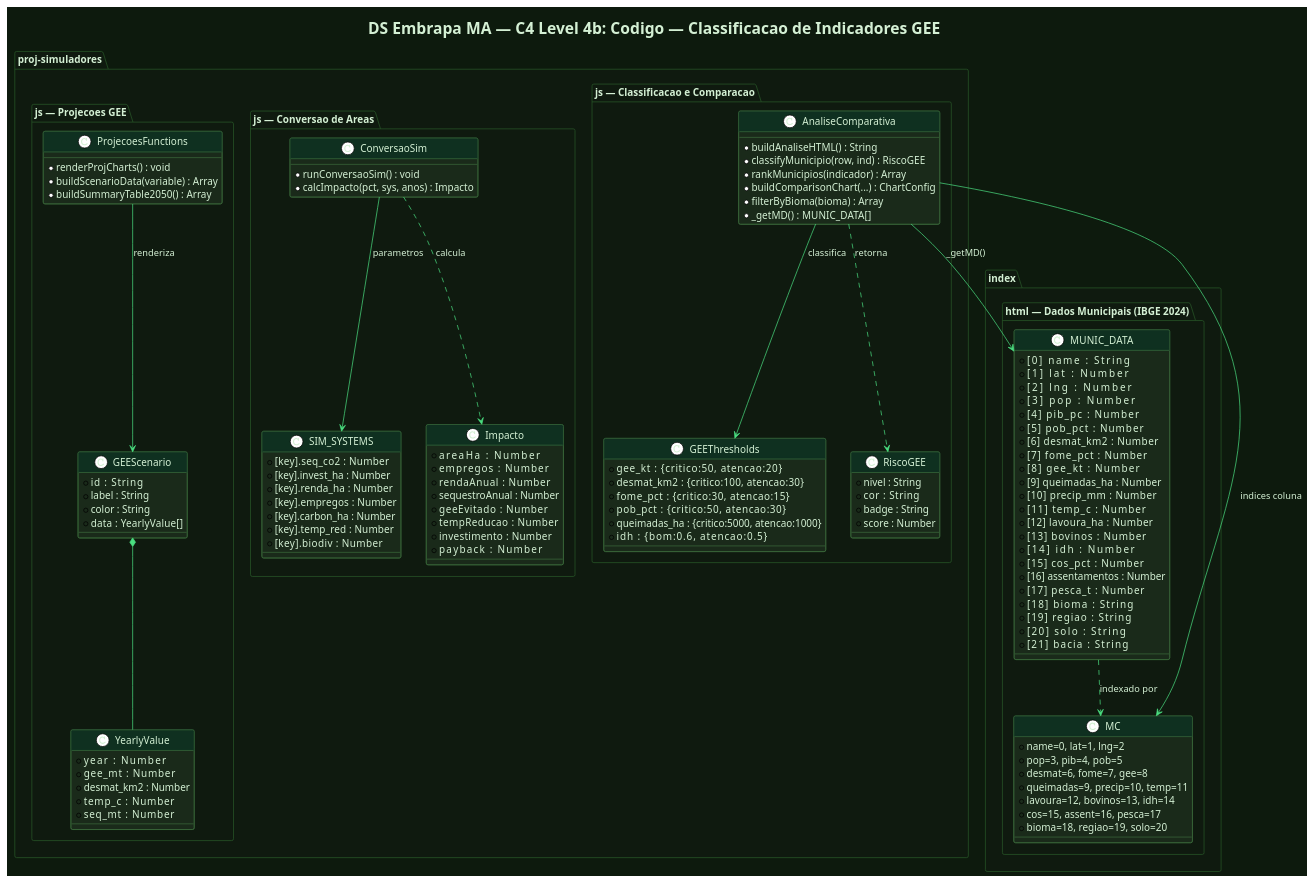
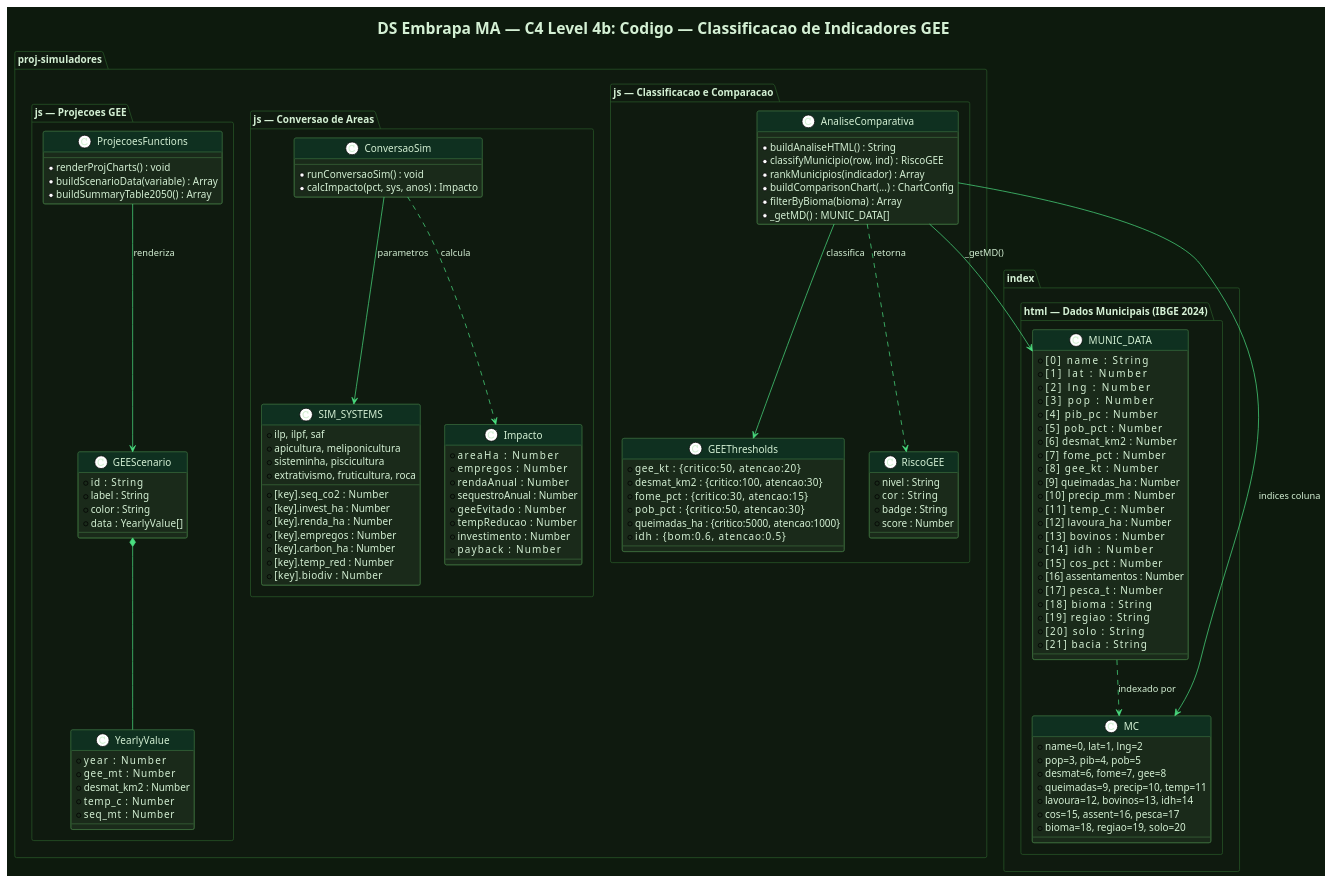
Before and after one commit to aluisiopereirae/ds-embrapa-ma: the tenth of 11 diagrams in docs/architecture.puml, drawn with PlantUML. The commit also changed other lines of this file and 1 other file, not shown here.

```diff
--- a/docs/architecture.puml
+++ b/docs/architecture.puml
@@ -684,139 +684,144 @@
 @startuml C4_L4b_Codigo_GEE
 !theme plain
 skinparam defaultFontName Arial
 skinparam backgroundColor #0d1a0d
 skinparam classBackgroundColor #1a2a1a
 skinparam classBorderColor #3a6a3a
 skinparam classFontColor #e8f5e8
 skinparam classHeaderBackgroundColor #0f3020
 skinparam arrowColor #4ade80
 skinparam arrowFontColor #86efac
 skinparam packageBackgroundColor #0f1a0f
 skinparam packageBorderColor #2a5a2a
 skinparam packageFontColor #86efac
 skinparam defaultFontColor #d4f0d4
 
 title "DS Embrapa MA — C4 Level 4b: Codigo — Classificacao de Indicadores GEE"
 
 package "index.html — Dados Municipais (IBGE 2024)" {
   class MUNIC_DATA {
-    ' Array[221] — 22 colunas por municipio
+    ' Array[217] — 22 colunas por municipio
     +[0]  name          : String
     +[1]  lat           : Number
     +[2]  lng           : Number
     +[3]  pop           : Number
     +[4]  pib_pc        : Number
     +[5]  pob_pct       : Number
     +[6]  desmat_km2    : Number
     +[7]  fome_pct      : Number
     +[8]  gee_kt        : Number
     +[9]  queimadas_ha  : Number
     +[10] precip_mm     : Number
     +[11] temp_c        : Number
     +[12] lavoura_ha    : Number
     +[13] bovinos       : Number
     +[14] idh           : Number
     +[15] cos_pct       : Number
     +[16] assentamentos : Number
     +[17] pesca_t       : Number
     +[18] bioma         : String
     +[19] regiao        : String
     +[20] solo          : String
     +[21] bacia         : String
   }
   class MC {
     ' Indices de coluna (constante)
     +name=0, lat=1, lng=2
     +pop=3, pib=4, pob=5
     +desmat=6, fome=7, gee=8
     +queimadas=9, precip=10, temp=11
     +lavoura=12, bovinos=13, idh=14
     +cos=15, assent=16, pesca=17
     +bioma=18, regiao=19, solo=20
   }
   MUNIC_DATA ..> MC : "indexado por"
 }
 
 package "proj-simuladores.js — Classificacao e Comparacao" {
   class GEEThresholds {
     ' Limiares de risco por indicador
     +gee_kt       : {critico:50,   atencao:20}
     +desmat_km2   : {critico:100,  atencao:30}
     +fome_pct     : {critico:30,   atencao:15}
     +pob_pct      : {critico:50,   atencao:30}
     +queimadas_ha : {critico:5000, atencao:1000}
     +idh          : {bom:0.6, atencao:0.5}
   }
   class RiscoGEE {
     +nivel : String
     +cor   : String
     +badge : String
     +score : Number
   }
   class AnaliseComparativa {
     +buildAnaliseHTML() : String
     +classifyMunicipio(row, ind) : RiscoGEE
     +rankMunicipios(indicador) : Array
     +buildComparisonChart(...) : ChartConfig
     +filterByBioma(bioma) : Array
     +_getMD() : MUNIC_DATA[]
   }
   AnaliseComparativa --> MUNIC_DATA     : "_getMD()"
   AnaliseComparativa --> MC             : "indices coluna"
   AnaliseComparativa --> GEEThresholds  : "classifica"
   AnaliseComparativa ..> RiscoGEE       : "retorna"
 }
 
 package "proj-simuladores.js — Conversao de Areas" {
   class SIM_SYSTEMS {
     ' 10 sistemas produtivos
+    +ilp, ilpf, saf
+    +apicultura, meliponicultura
+    +sisteminha, piscicultura
+    +extrativismo, fruticultura, roca
+    --
     +[key].seq_co2   : Number
     +[key].invest_ha : Number
     +[key].renda_ha  : Number
     +[key].empregos  : Number
     +[key].carbon_ha : Number
     +[key].temp_red  : Number
     +[key].biodiv    : Number
   }
   class ConversaoSim {
-    ' MA_DEGRADED_HA = 6.800.000 ha
+    ' MA_DEGRADED_HA = 7.500.000 ha
     +runConversaoSim() : void
     +calcImpacto(pct, sys, anos) : Impacto
   }
   class Impacto {
     +areaHa         : Number
     +empregos       : Number
     +rendaAnual     : Number
     +sequestroAnual : Number
     +geeEvitado     : Number
     +tempReducao    : Number
     +investimento   : Number
     +payback        : Number
   }
   ConversaoSim --> SIM_SYSTEMS  : "parametros"
   ConversaoSim ..> Impacto      : "calcula"
 }
 
 package "proj-simuladores.js — Projecoes GEE" {
   class GEEScenario {
     +id    : String
     +label : String
     +color : String
     +data  : YearlyValue[]
   }
   class YearlyValue {
     +year       : Number
     +gee_mt     : Number
     +desmat_km2 : Number
     +temp_c     : Number
     +seq_mt     : Number
   }
   class ProjecoesFunctions {
     +renderProjCharts() : void
     +buildScenarioData(variable) : Array
     +buildSummaryTable2050() : Array
   }
   GEEScenario *-- YearlyValue
   ProjecoesFunctions --> GEEScenario : "renderiza"
 }
 @enduml
```
